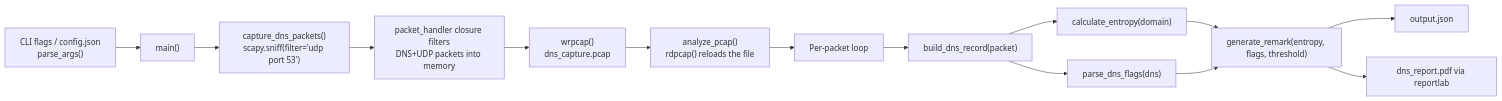
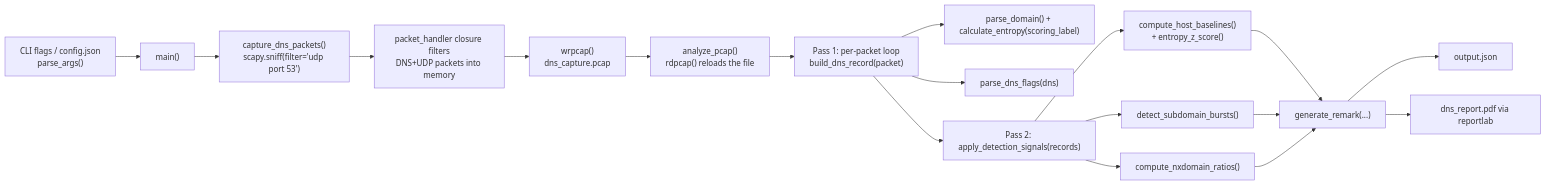
Before and after one commit to eklavyamathur9/DNSpector: the diagram in DOCUMENTATION.md, drawn with Mermaid. The commit also changed other lines of this file and 6 other files, not shown here.

First line of the commit message:
Phase 2: statistical baselining, burst detection, NXDOMAIN ratio

````diff
--- a/DOCUMENTATION.md
+++ b/DOCUMENTATION.md
@@ -11,16 +11,20 @@
 ```mermaid
 flowchart LR
     A["CLI flags / config.json\nparse_args()"] --> M["main()"]
     M --> B["capture_dns_packets()\nscapy.sniff(filter='udp port 53')"]
     B --> C[packet_handler closure filters\nDNS+UDP packets into memory]
     C --> D["wrpcap()\ndns_capture.pcap"]
     D --> E["analyze_pcap()\nrdpcap() reloads the file"]
-    E --> F[Per-packet loop]
-    F --> R["build_dns_record(packet)"]
-    R --> G["calculate_entropy(domain)"]
-    R --> H["parse_dns_flags(dns)"]
-    G --> I["generate_remark(entropy, flags, threshold)"]
-    H --> I
+    E --> F["Pass 1: per-packet loop\nbuild_dns_record(packet)"]
+    F --> G["parse_domain() + calculate_entropy(scoring_label)"]
+    F --> H["parse_dns_flags(dns)"]
+    F --> P["Pass 2: apply_detection_signals(records)"]
+    P --> Z["compute_host_baselines()\n+ entropy_z_score()"]
+    P --> BU["detect_subdomain_bursts()"]
+    P --> NX["compute_nxdomain_ratios()"]
+    Z --> I["generate_remark(...)"]
+    BU --> I
+    NX --> I
     I --> J["output.json"]
     I --> K["dns_report.pdf via reportlab"]
 ```
````
